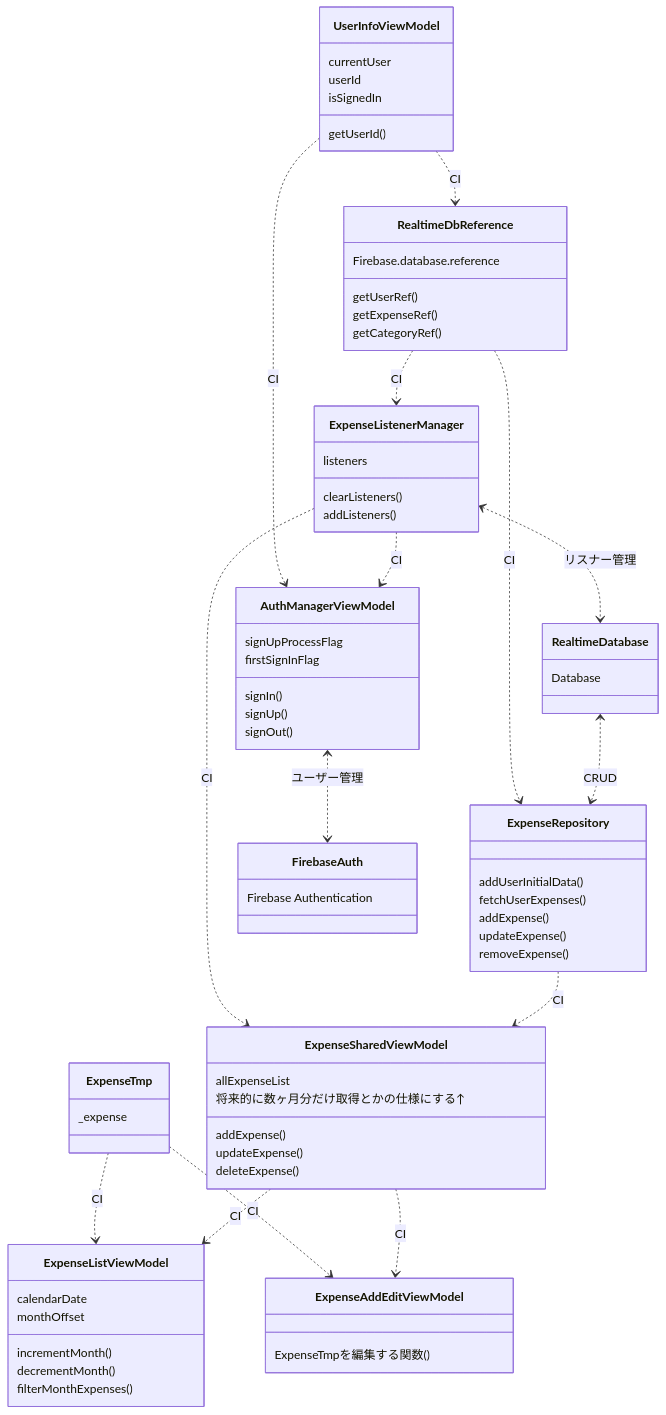
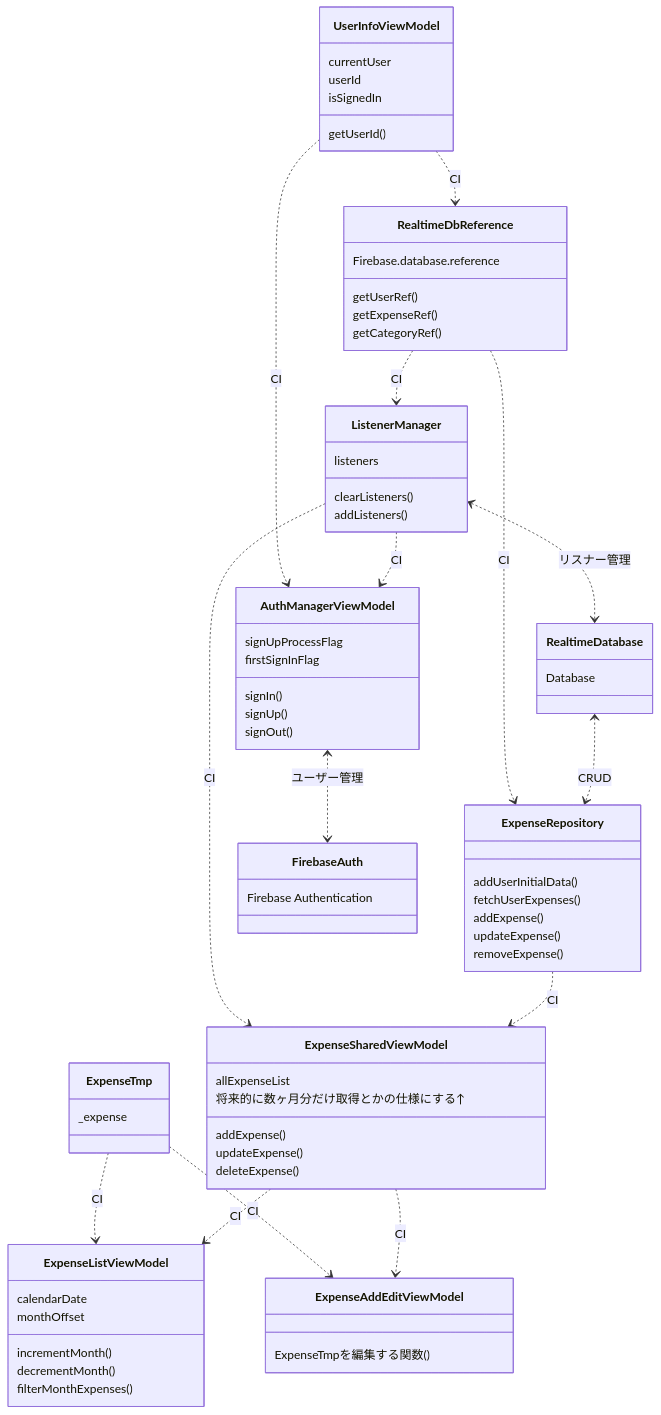
The diagram in app/src/main/java/gaku/original/myapplication/UML/ClassDiagram.md (GakuAkita/HouseholdExpenses), drawn with Mermaid before and after one commit. The commit also changed 6 other files, not shown here.

```diff
--- a/app/src/main/java/gaku/original/myapplication/UML/ClassDiagram.md
+++ b/app/src/main/java/gaku/original/myapplication/UML/ClassDiagram.md
@@ -32,7 +32,7 @@
 removeExpense()
 }
 
-class ExpenseListenerManager {
+class ListenerManager {
 listeners
 
 clearListeners()
@@ -48,7 +48,7 @@
 deleteExpense()
 }
 
-ExpenseListenerManager ..> ExpenseSharedViewModel :CI
+ListenerManager ..> ExpenseSharedViewModel :CI
 ExpenseRepository ..> ExpenseSharedViewModel :CI
 ExpenseSharedViewModel ..> ExpenseListViewModel :CI
 ExpenseSharedViewModel ..> ExpenseAddEditViewModel :CI
@@ -61,9 +61,9 @@
 getCategoryRef()
 }
 
-RealtimeDbReference ..> ExpenseListenerManager : CI
+RealtimeDbReference ..> ListenerManager : CI
 RealtimeDbReference ..> ExpenseRepository : CI
-ExpenseListenerManager <..> RealtimeDatabase :リスナー管理
+ListenerManager <..> RealtimeDatabase :リスナー管理
 
 %%Firebase関連がまとめられる。ユーザーとか
 class UserInfoViewModel {
@@ -82,9 +82,9 @@
 }
 UserInfoViewModel ..> AuthManagerViewModel :CI
 UserInfoViewModel ..> RealtimeDbReference :CI
-ExpenseListenerManager ..> AuthManagerViewModel :CI
+ListenerManager ..> AuthManagerViewModel :CI
 %%キモいけどlistenerをサイン・アウト時にクリアするにはこうやって渡すしかないか～
-%% ExpenseListenerManager ..> UserManageViewModel :CI 
+%% ListenerManager ..> UserManageViewModel :CI 
 %% UserManageViewModel ..> RealtimeDbReference : CI
 
 class RealtimeDatabase{
```
